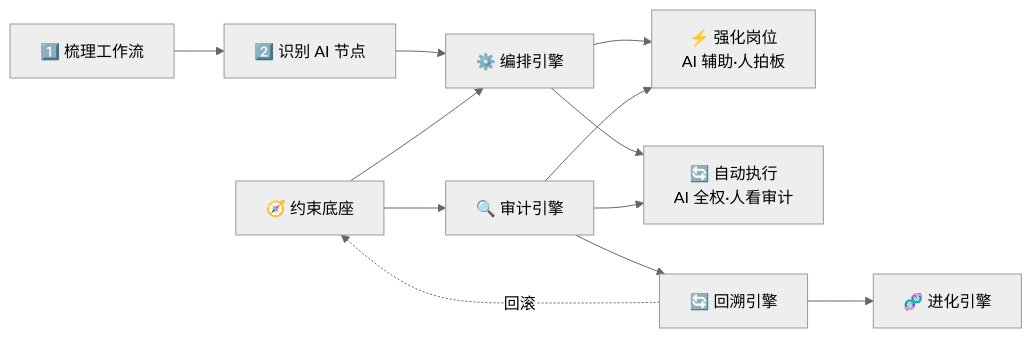
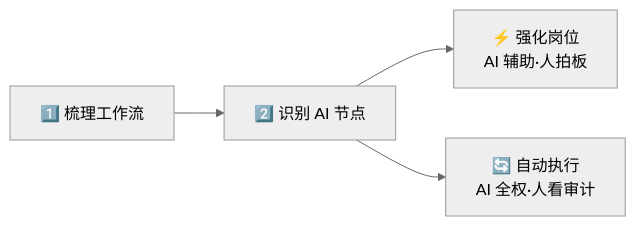
One commit to KongFangXun/sofagent changed the first of 5 diagrams in README.md. Above: the diagram before and after it, drawn with Mermaid (neutral theme). The commit also changed other lines of this file and 1 other file, not shown here.

Commit message:
docs: FDE Mermaid极致简化——只留梳理→识别→两个节点，引擎归文字

````diff
--- a/README.md
+++ b/README.md
@@ -77,13 +77,6 @@
 ```mermaid
 graph LR
     1["1️⃣ 梳理工作流"] --> 2["2️⃣ 识别 AI 节点"]
-    2 --> H["⚙️ 编排引擎"]
-    H --> J["⚡ 强化岗位<br/>AI 辅助·人拍板"]
-    H --> K["🔄 自动执行<br/>AI 全权·人看审计"]
-
-    E["🧭 约束底座"] --> F["🔍 审计引擎"] --> G["🔄 回溯引擎"] --> I["🧬 进化引擎"]
-    E --> H
-    F --> J
-    F --> K
-    G -.-> |回滚| E
+    2 --> J["⚡ 强化岗位<br/>AI 辅助·人拍板"]
+    2 --> K["🔄 自动执行<br/>AI 全权·人看审计"]
 ```
````
